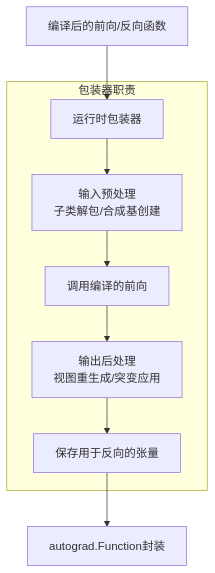
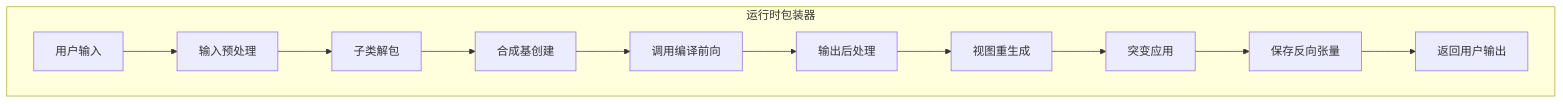
The seventh of 11 diagrams in torch/opencode_kimi_aot_autograd.md (s0okiym/share), drawn with Mermaid before and after one commit. The commit also changed other lines of this file and 9 other files, not shown here.

````diff
--- a/torch/opencode_kimi_aot_autograd.md
+++ b/torch/opencode_kimi_aot_autograd.md
@@ -513,13 +756,14 @@
 ```mermaid
 flowchart TD
-    A["编译后的前向/反向函数"] --> B["运行时包装器"]
-
-    subgraph "包装器职责"
-        B --> C["输入预处理<br/>子类解包/合成基创建"]
-        C --> D["调用编译的前向"]
-        D --> E["输出后处理<br/>视图重生成/突变应用"]
-        E --> F["保存用于反向的张量"]
+    subgraph "运行时包装器"
+        A["用户输入"] --> B["输入预处理"]
+        B --> C["子类解包"]
+        C --> D["合成基创建"]
+        D --> E["调用编译前向"]
+        E --> F["输出后处理"]
+        F --> G["视图重生成"]
+        G --> H["突变应用"]
+        H --> I["保存反向张量"]
+        I --> J["返回用户输出"]
     end
-
-    F --> G["autograd.Function封装"]
 ```
````
